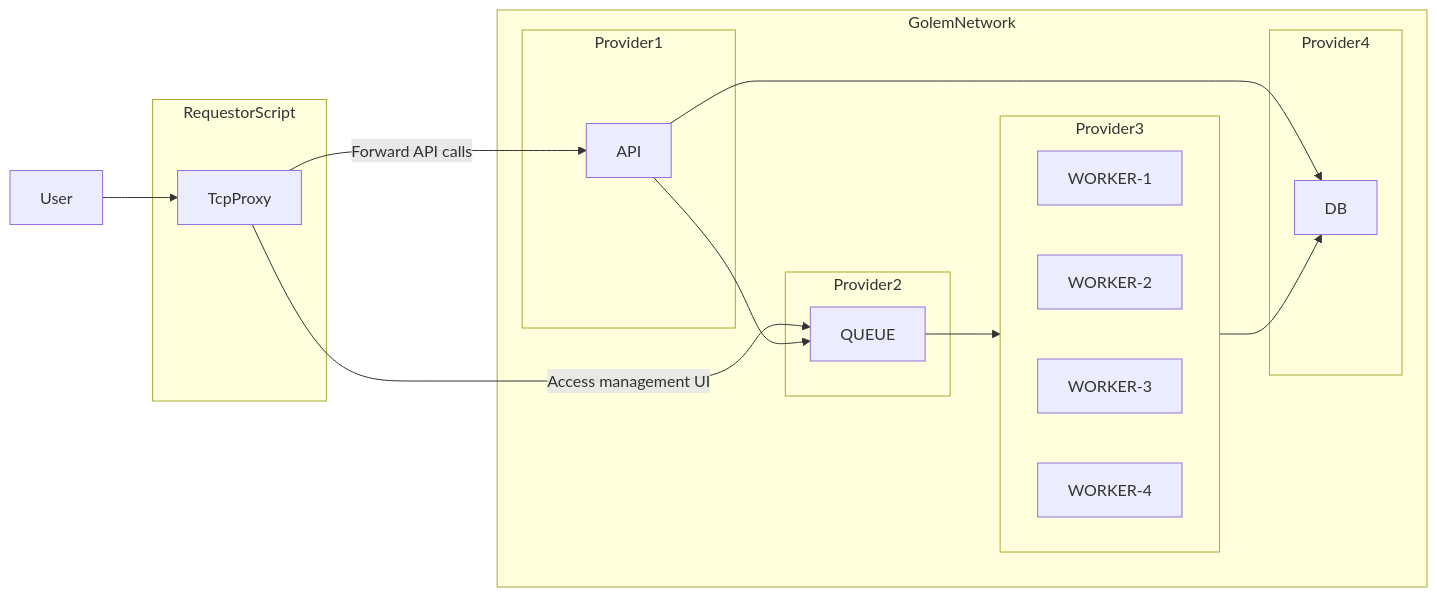
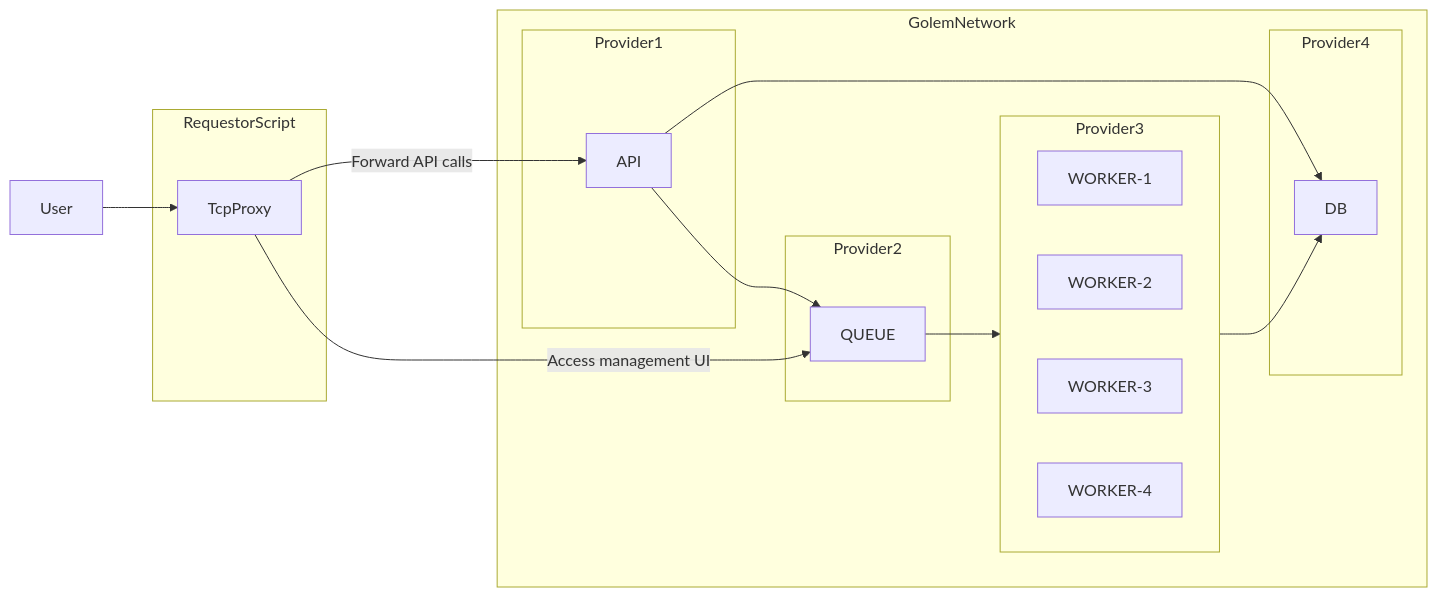
The diagram in README.md (golemfactory/eth-warsaw-dc-app), drawn with Mermaid before and after one commit.

````diff
--- a/README.md
+++ b/README.md
@@ -55,35 +55,35 @@
 ```mermaid
 flowchart LR
-   User --> TcpProxy
-   subgraph RequestorScript
-      TcpProxy
-   end
-   subgraph GolemNetwork
-      subgraph Provider1
-         API
-      end
+  User --> TcpProxy
+  subgraph RequestorScript
+    TcpProxy
+  end
+  subgraph GolemNetwork
+    subgraph Provider1
+      API
+    end
 
-      subgraph Provider2
-         QUEUE
-      end
+    subgraph Provider2
+      QUEUE
+    end
 
-      subgraph Provider3
-         direction LR
-         WORKER-1
-         WORKER-2
-         WORKER-3
-         WORKER-4
-      end
+    subgraph Provider3
+      direction LR
+      WORKER-1
+      WORKER-2
+      WORKER-3
+      WORKER-4
+    end
 
-      subgraph Provider4
-         DB
-      end
+    subgraph Provider4
+      DB
+    end
 
-      TcpProxy -- "Forward API calls" --> API
-      TcpProxy -- "Access management UI" --> QUEUE
-      API --> QUEUE
-      API --> DB
-      QUEUE --> Provider3
-      Provider3 --> DB
-   end
+    API --> QUEUE
+    TcpProxy -- " Forward API calls " --> API
+    TcpProxy -- " Access management UI " --> QUEUE
+    API --> DB
+    QUEUE --> Provider3
+    Provider3 --> DB
+  end
 ```
````
